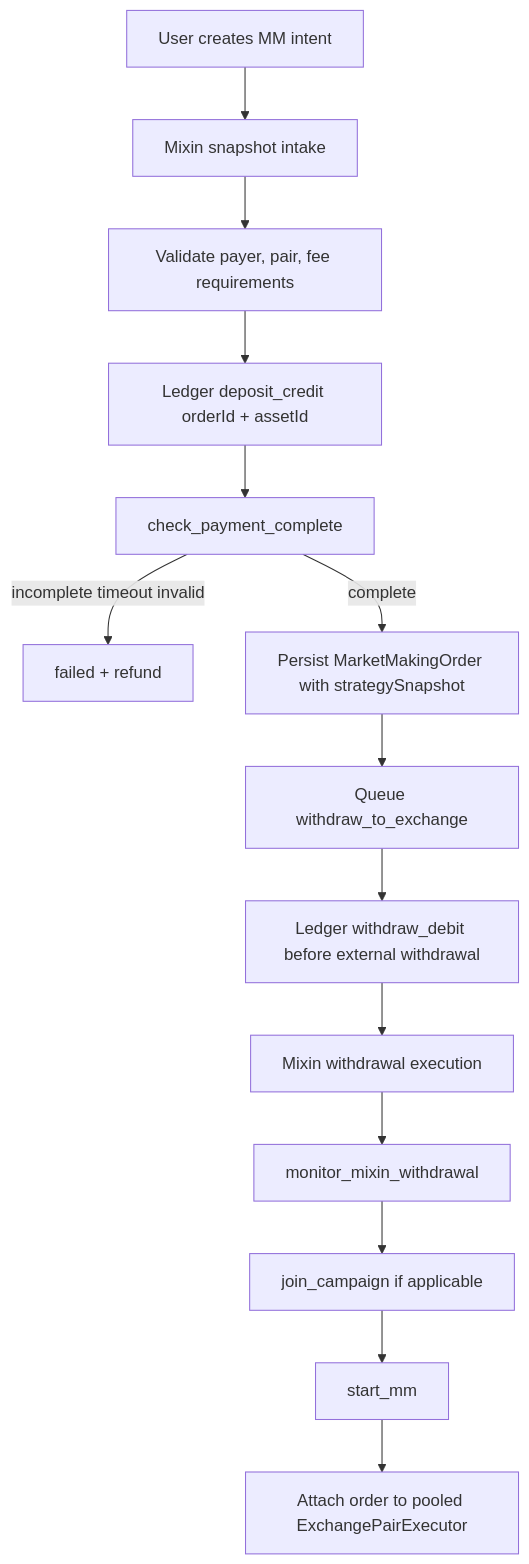
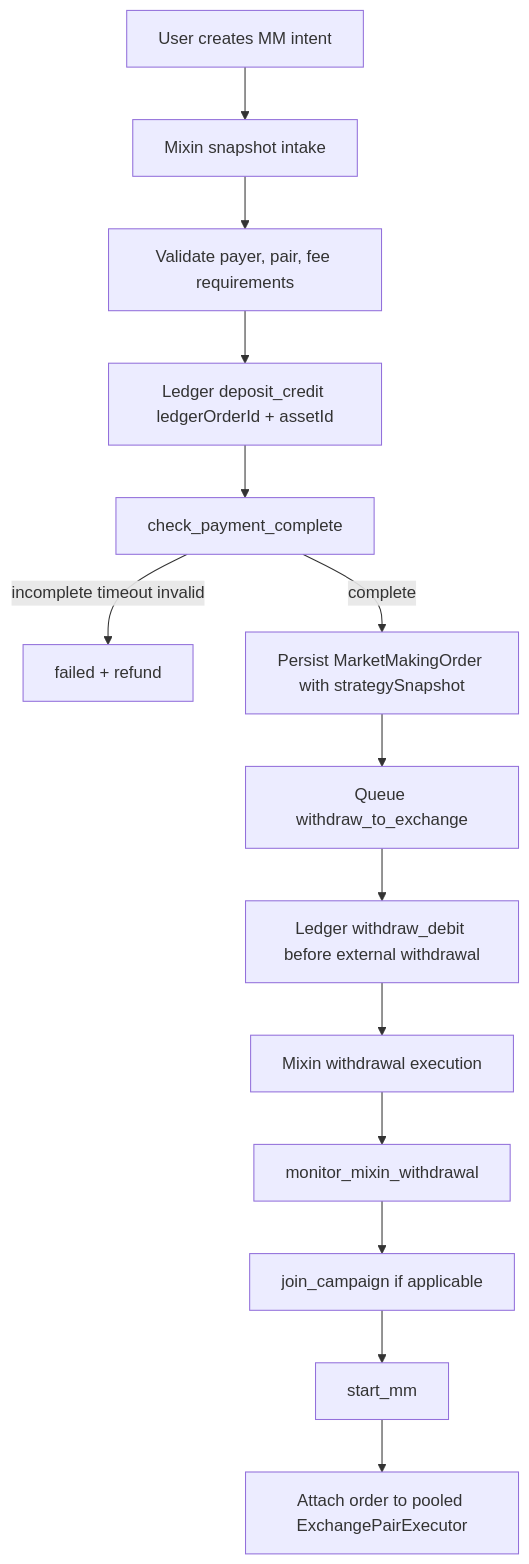
One commit to zed-wong/Mr.Market changed the first of 3 diagrams in docs/architecture/market-making-flow.md. Above: the diagram before and after it, drawn with Mermaid. The commit also changed other lines of this file and 5 other files, not shown here.

````diff
--- a/docs/architecture/market-making-flow.md
+++ b/docs/architecture/market-making-flow.md
@@ -94,16 +96,16 @@
 ```mermaid
 flowchart TD
   A[User creates MM intent] --> B[Mixin snapshot intake]
   B --> C[Validate payer, pair, fee requirements]
-  C --> D[Ledger deposit_credit orderId + assetId]
+  C --> D[Ledger deposit_credit ledgerOrderId + assetId]
   D --> E[check_payment_complete]
   E -->|incomplete timeout invalid| F[failed + refund]
   E -->|complete| G[Persist MarketMakingOrder with strategySnapshot]
   G --> H[Queue withdraw_to_exchange]
   H --> I[Ledger withdraw_debit before external withdrawal]
   I --> J[Mixin withdrawal execution]
   J --> K[monitor_mixin_withdrawal]
   K --> L[join_campaign if applicable]
   L --> M[start_mm]
   M --> N[Attach order to pooled ExchangePairExecutor]
 ```
````
